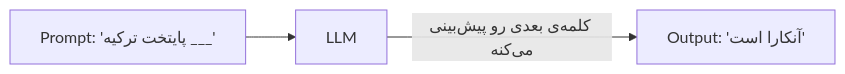
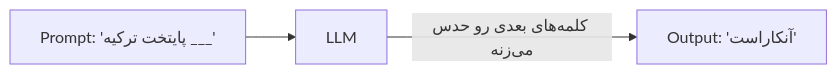
Before and after one commit to lokumai/ai-engineering-bazaar: the first of 3 diagrams in mini-courses/1_fundamentals/llms_fa.md, drawn with Mermaid. The commit also changed other lines of this file and 82 other files, not shown here.

````diff
--- a/mini-courses/1_fundamentals/llms_fa.md
+++ b/mini-courses/1_fundamentals/llms_fa.md
@@ -11,5 +13,5 @@
 ```mermaid
 graph LR
     A["Prompt: 'پایتخت ترکیه ___'"] --> B[LLM]
-    B -->|کلمه‌ی بعدی رو پیش‌بینی می‌کنه| C["Output: 'آنکارا است'"]
+    B -->|کلمه‌های بعدی رو حدس می‌زنه| C["Output: 'آنکاراست'"]
 ```
````
